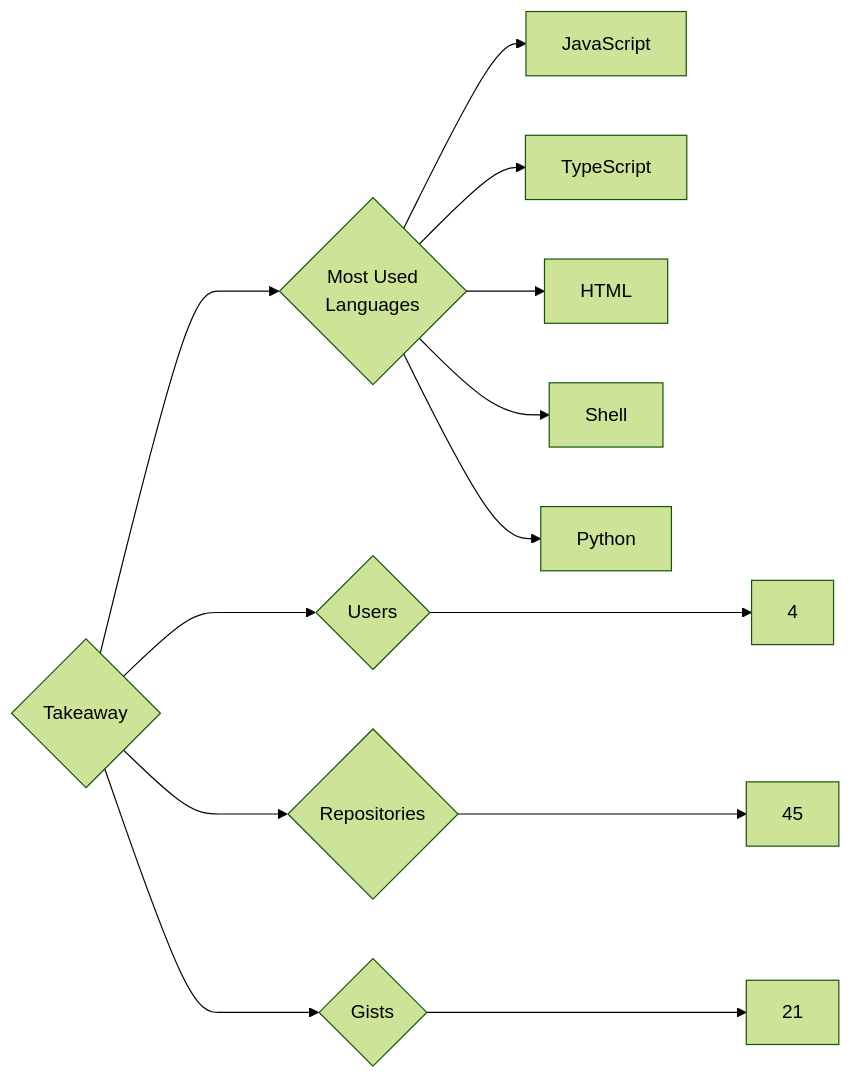
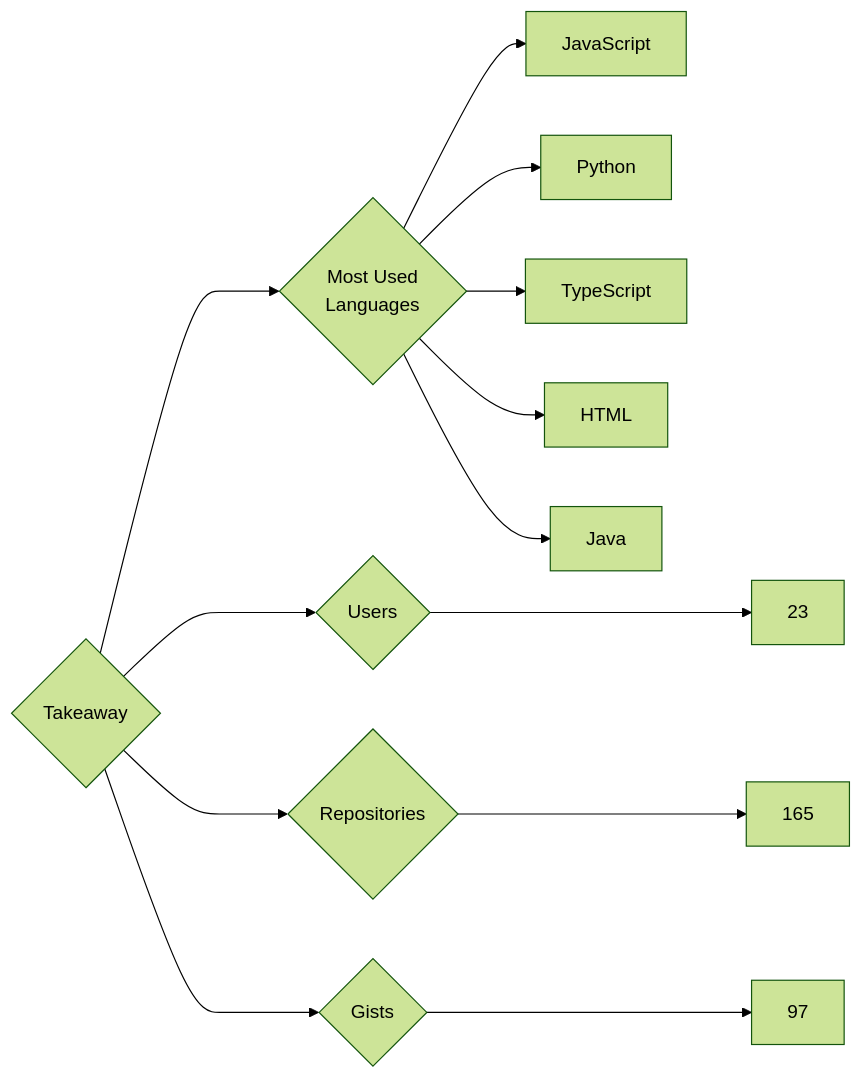
Before and after one commit to trickest/insiders: the diagram in targets/Takeaway/README.md, drawn with Mermaid (forest theme). The commit also changed 928 other files, not shown here.

````diff
--- a/targets/Takeaway/README.md
+++ b/targets/Takeaway/README.md
@@ -3,13 +3,13 @@
 ```mermaid
 graph LR
 COMPANY_NAME{Takeaway}
-COMPANY_NAME ---> U{Users} ---> UN[4]
-COMPANY_NAME ---> R{Repositories} ---> RN[45]
-COMPANY_NAME ---> G{Gists} ---> GN[21]
+COMPANY_NAME ---> U{Users} ---> UN[23]
+COMPANY_NAME ---> R{Repositories} ---> RN[165]
+COMPANY_NAME ---> G{Gists} ---> GN[97]
 COMPANY_NAME ---> ML{Most Used<br>Languages}
 ML --> JavaScript[JavaScript]
+ML --> Python[Python]
 ML --> TypeScript[TypeScript]
 ML --> HTML[HTML]
-ML --> Shell[Shell]
-ML --> Python[Python]
+ML --> Java[Java]
 ```
````
